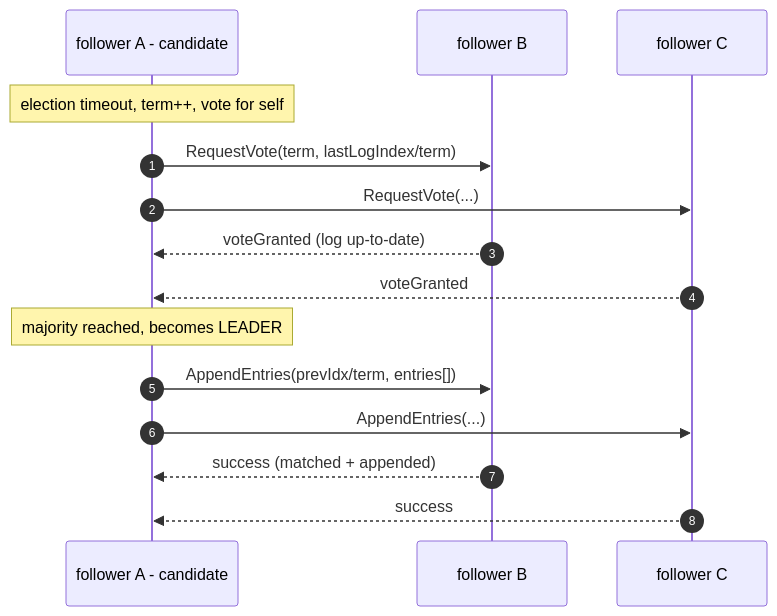
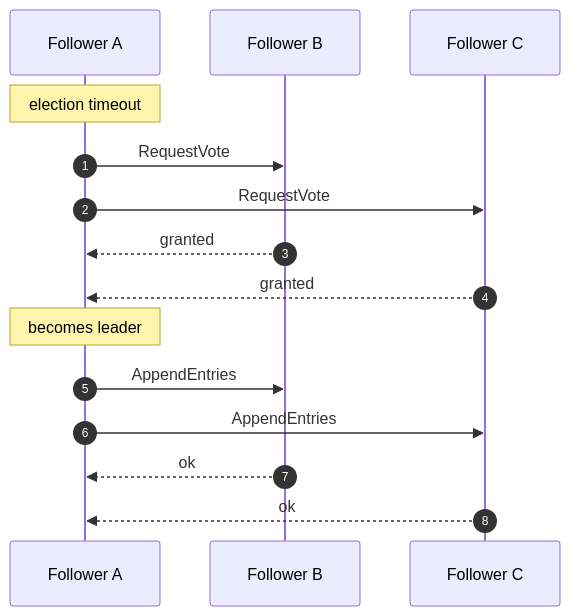
The diagram in README.md (parag-labs/coracle), drawn with Mermaid before and after one commit.

Commit message:
Simplify the README diagram: short labels, softer palette

````diff
--- a/README.md
+++ b/README.md
@@ -86,17 +86,17 @@
 ```mermaid
 sequenceDiagram
   autonumber
-  participant A as follower A - candidate
-  participant B as follower B
-  participant C as follower C
-  Note over A: election timeout, term++, vote for self
-  A->>B: RequestVote(term, lastLogIndex/term)
-  A->>C: RequestVote(...)
-  B-->>A: voteGranted (log up-to-date)
-  C-->>A: voteGranted
-  Note over A: majority reached, becomes LEADER
-  A->>B: AppendEntries(prevIdx/term, entries[])
-  A->>C: AppendEntries(...)
-  B-->>A: success (matched + appended)
-  C-->>A: success
+  participant A as Follower A
+  participant B as Follower B
+  participant C as Follower C
+  Note over A: election timeout
+  A->>B: RequestVote
+  A->>C: RequestVote
+  B-->>A: granted
+  C-->>A: granted
+  Note over A: becomes leader
+  A->>B: AppendEntries
+  A->>C: AppendEntries
+  B-->>A: ok
+  C-->>A: ok
 ```
````
